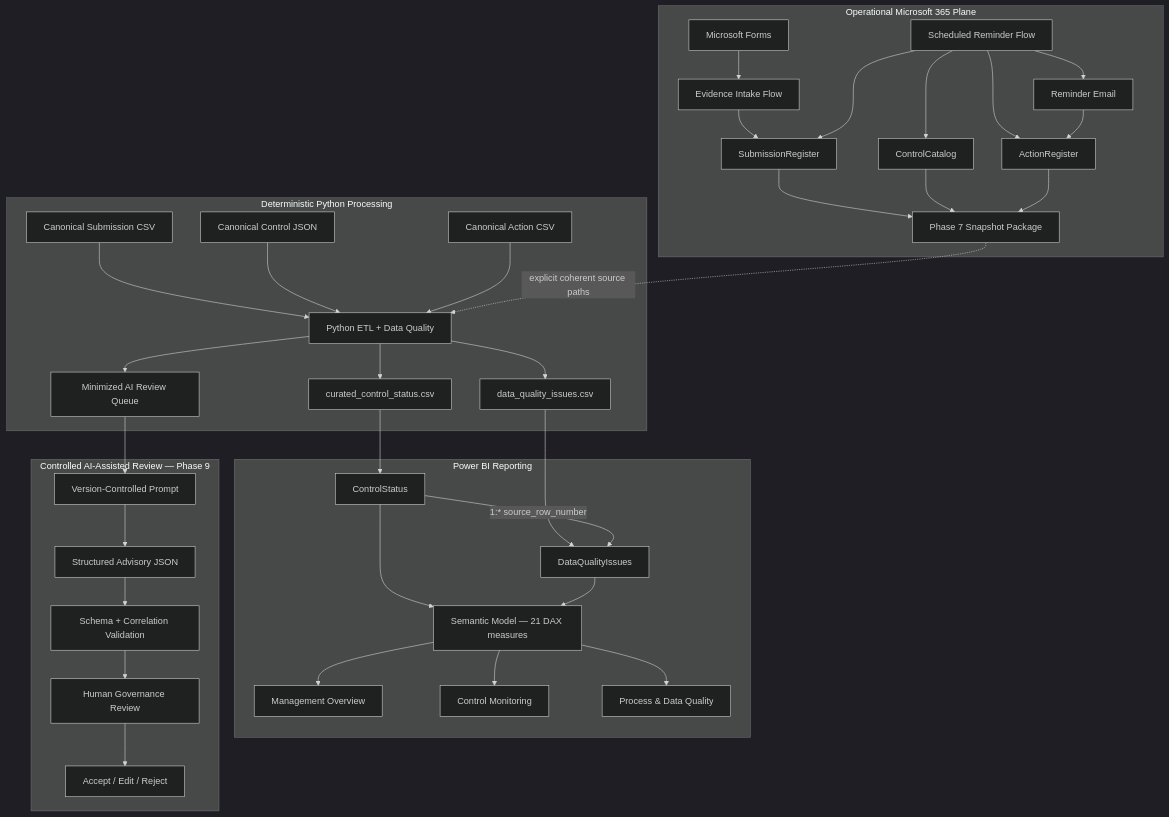
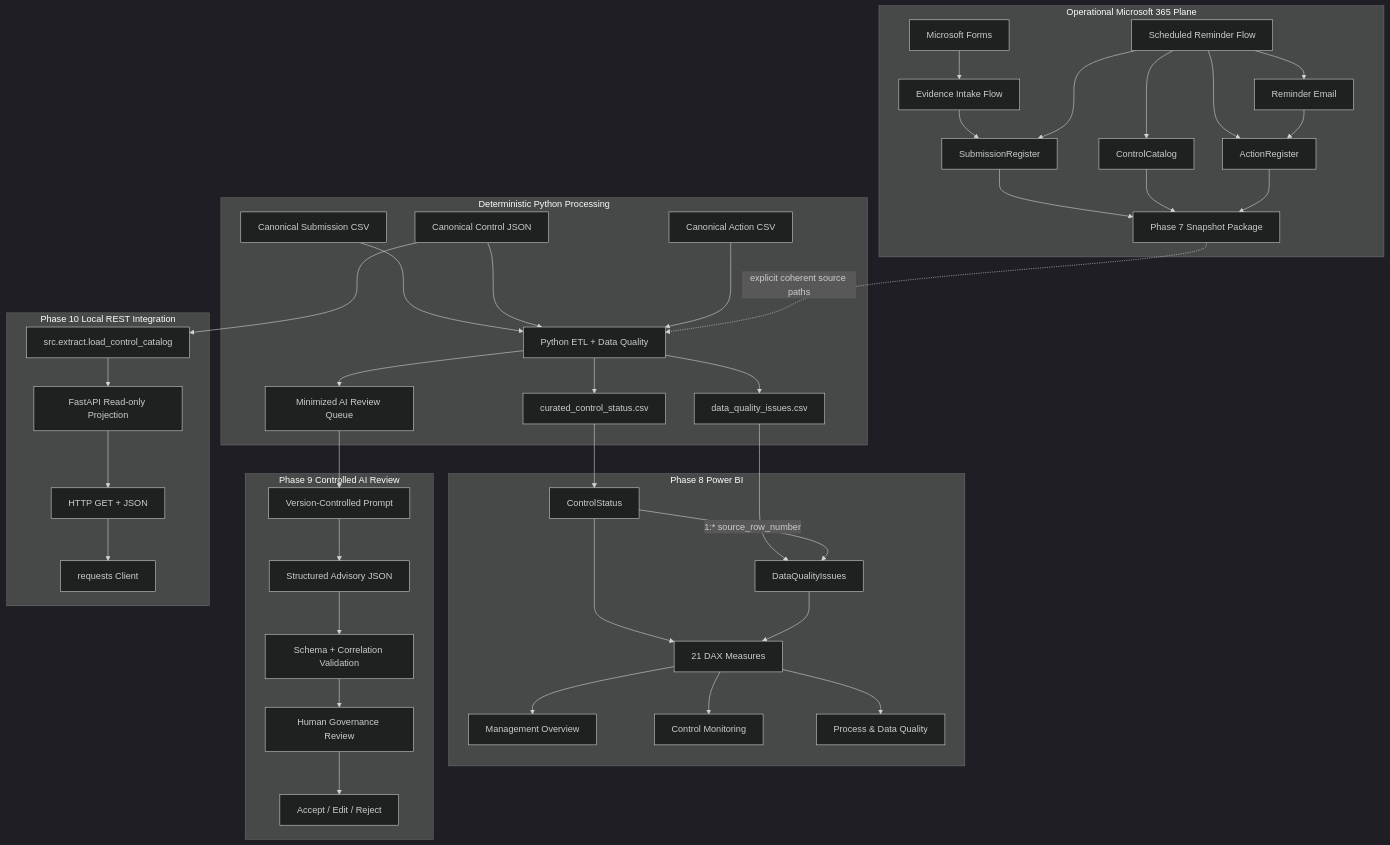
One commit to gw-ai-security/cyber-governance-automation-lab changed the diagram in README.md. Above: the diagram before and after it, drawn with Mermaid (dark theme). The commit also changed other lines of this file, not shown here.

Commit message:
docs: update project README for completed Phase 10

````diff
--- a/README.md
+++ b/README.md
@@ -127,44 +144,51 @@
 ```mermaid
 flowchart TD
     subgraph OP[Operational Microsoft 365 Plane]
         A[Microsoft Forms] --> B[Evidence Intake Flow]
         B --> C[SubmissionRegister]
         D[Scheduled Reminder Flow] --> C
         D --> E[ControlCatalog]
         D --> F[ActionRegister]
         D --> G[Reminder Email]
         G --> F
         C --> S[Phase 7 Snapshot Package]
         E --> S
         F --> S
     end
 
     subgraph PY[Deterministic Python Processing]
         H[Canonical Submission CSV] --> K[Python ETL + Data Quality]
         I[Canonical Control JSON] --> K
         J[Canonical Action CSV] --> K
         S -. explicit coherent source paths .-> K
         K --> L[curated_control_status.csv]
         K --> M[data_quality_issues.csv]
         K --> N[Minimized AI Review Queue]
     end
 
-    subgraph BI[Power BI Reporting]
+    subgraph BI[Phase 8 Power BI]
         L --> P[ControlStatus]
         M --> O[DataQualityIssues]
         P -->|1:* source_row_number| O
-        P --> R[Semantic Model — 21 DAX measures]
+        P --> R[21 DAX Measures]
         O --> R
         R --> U[Management Overview]
         R --> V[Control Monitoring]
         R --> W[Process & Data Quality]
     end
 
-    subgraph AI[Controlled AI-Assisted Review — Phase 9]
+    subgraph AI[Phase 9 Controlled AI Review]
         N --> Q[Version-Controlled Prompt]
         Q --> X[Structured Advisory JSON]
         X --> Y[Schema + Correlation Validation]
         Y --> T[Human Governance Review]
         T --> Z[Accept / Edit / Reject]
     end
+
+    subgraph API[Phase 10 Local REST Integration]
+        I --> LC[src.extract.load_control_catalog]
+        LC --> FA[FastAPI Read-only Projection]
+        FA --> HC[HTTP GET + JSON]
+        HC --> RC[requests Client]
+    end
 ```
````
